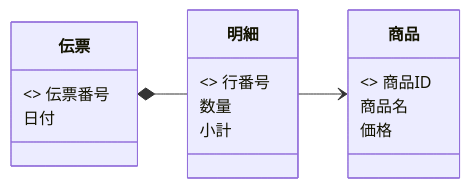
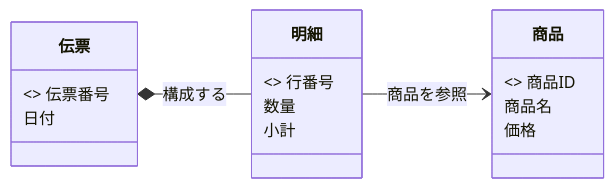
Before and after one commit to specdojo/spec-dojo-handbook: the third of 4 diagrams in docs/project/010-業務仕様/020-概念クラス図/mermaid-ccd-rules.md, drawn with Mermaid. The commit also changed other lines of this file and 3 other files, not shown here.

Commit message:
feat: 概念クラス図作成ルール修正と概念クラス図初版の修正

````diff
--- a/docs/project/010-業務仕様/020-概念クラス図/mermaid-ccd-rules.md
+++ b/docs/project/010-業務仕様/020-概念クラス図/mermaid-ccd-rules.md
@@ -101,24 +112,24 @@
 ```mermaid
 classDiagram
 direction LR
 
 class 伝票 {
     <<key>> 伝票番号
     日付
 }
 
 class 明細 {
     <<key>> 行番号
     数量
     小計
 }
 
 class 商品 {
     <<key>> 商品ID
     商品名
     価格
 }
 
-伝票 *-- 明細
-明細 --> 商品
+伝票 *-- 明細 : 構成する
+明細 --> 商品 : 商品を参照
 ```
````
